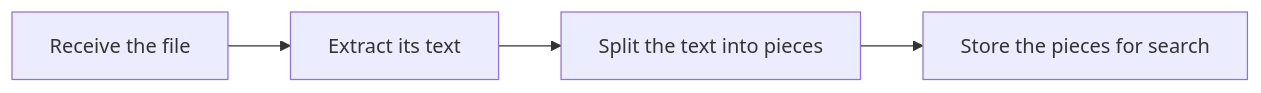
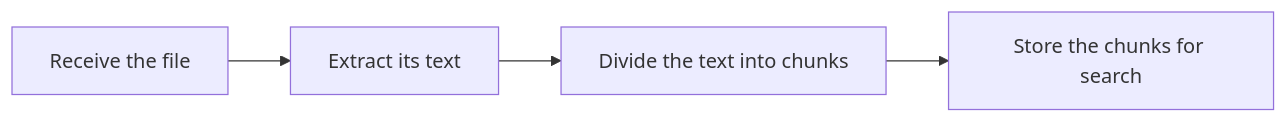
One commit to mdrmuhaimin/agentic-skills changed the diagram in skills/code-walkthrough/references/writing.md. Above: the diagram before and after it, drawn with Mermaid. The commit also changed other lines of this file and 32 other files, not shown here.

````diff
--- a/skills/code-walkthrough/references/writing.md
+++ b/skills/code-walkthrough/references/writing.md
@@ -32,6 +39,6 @@
 ```mermaid
 flowchart LR
     A[Receive the file] --> B[Extract its text]
-    B --> C[Split the text into pieces]
-    C --> D[Store the pieces for search]
+    B --> C[Divide the text into chunks]
+    C --> D[Store the chunks for search]
 ```
````
